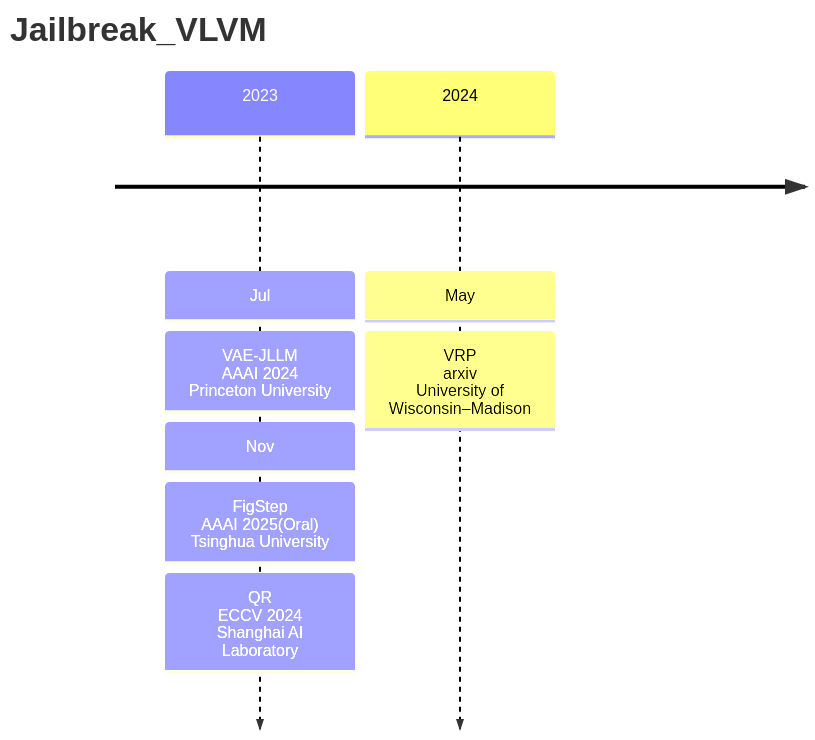
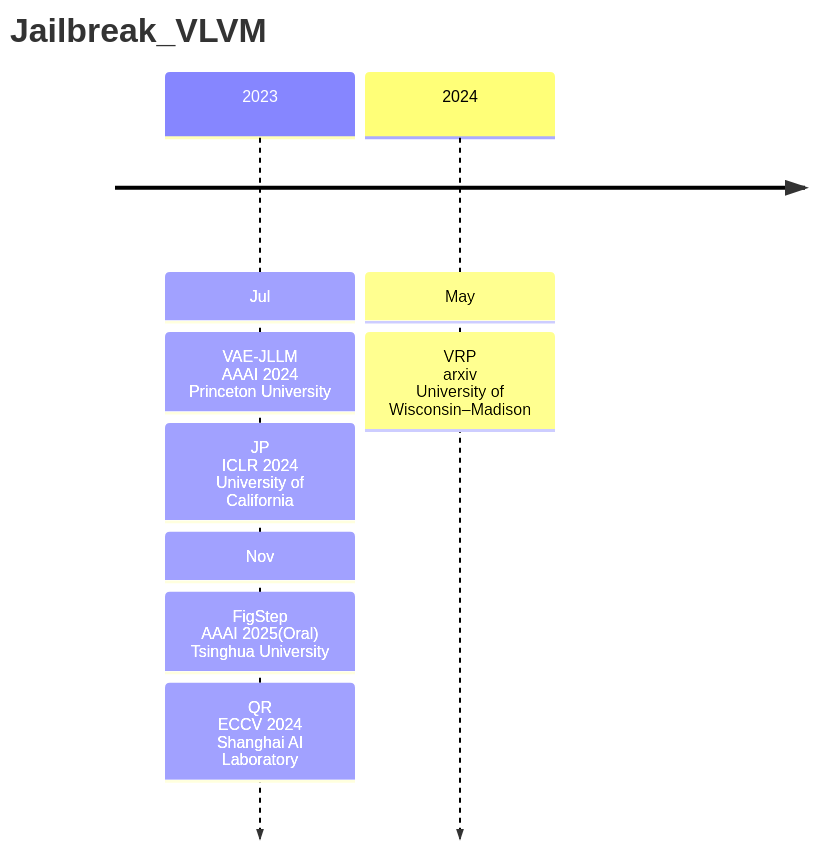
One commit to Elephant-King9/Paper changed the first of 5 diagrams in Attack/Jailbreak/VLVM/analyse.md. Above: the diagram before and after it, drawn with Mermaid. The commit also changed other lines of this file and 3 other files, not shown here.

````diff
--- a/Attack/Jailbreak/VLVM/analyse.md
+++ b/Attack/Jailbreak/VLVM/analyse.md
@@ -5,12 +5,13 @@
 ```mermaid
 timeline
     title Jailbreak_VLVM
     	2023 : Jul
     			 : VAE-JLLM<br>AAAI 2024<br>Princeton University
+    			 : JP<br>ICLR 2024<br>University of California
     			 : Nov
     			 : FigStep<br>AAAI 2025(Oral)<br>Tsinghua University
     			 : QR<br>ECCV 2024<br>Shanghai AI Laboratory
     	2024 : May
     			 : VRP<br>arxiv<br>University of Wisconsin–Madison
  
 ```
````
